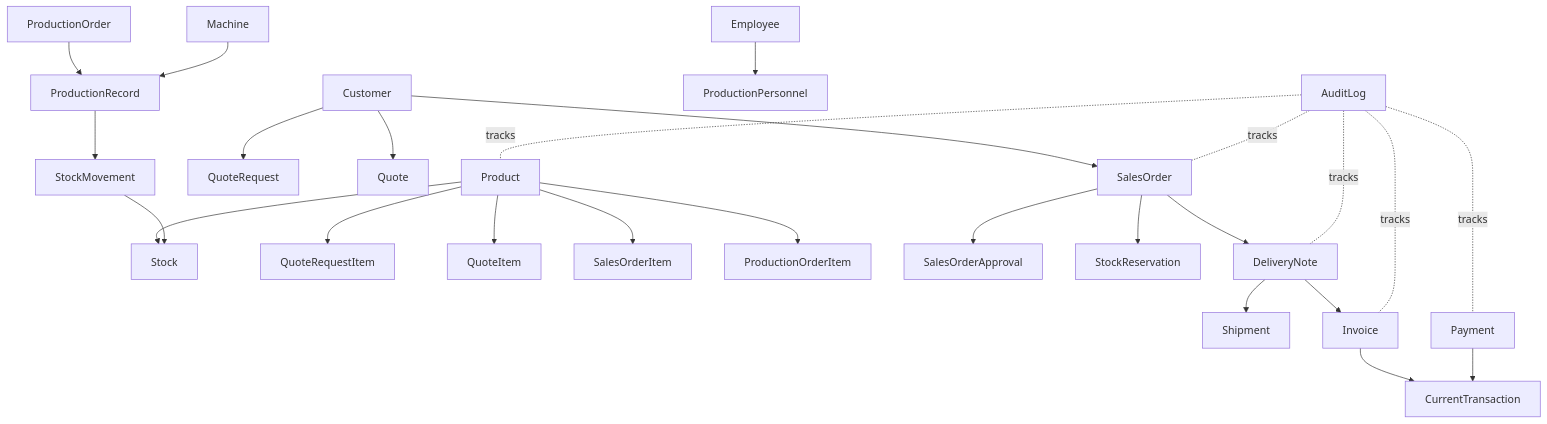
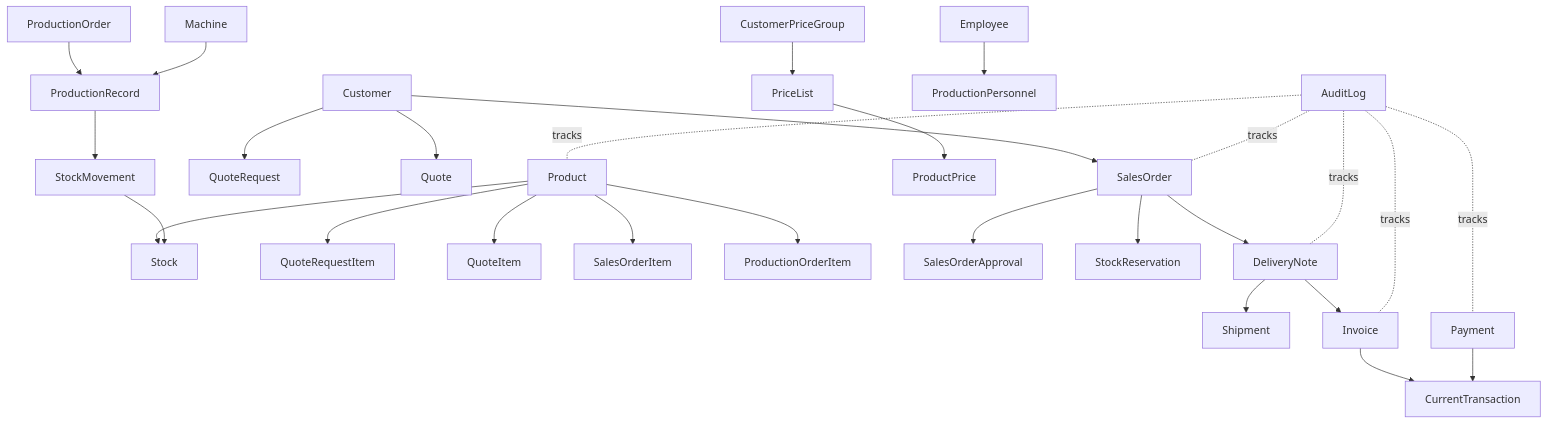
The diagram in design/domain-model.md (Huseyincansagir/OKM-Pro-Plus), drawn with Mermaid before and after one commit. The commit also changed other lines of this file and 26 other files, not shown here.

````diff
--- a/design/domain-model.md
+++ b/design/domain-model.md
@@ -48,28 +49,30 @@
 ```mermaid
 flowchart TD
   Product --> Stock
   Product --> QuoteRequestItem
   Product --> QuoteItem
   Product --> SalesOrderItem
   Product --> ProductionOrderItem
   Customer --> QuoteRequest
   Customer --> Quote
   Customer --> SalesOrder
   SalesOrder --> SalesOrderApproval
   SalesOrder --> StockReservation
   SalesOrder --> DeliveryNote
   DeliveryNote --> Shipment
   DeliveryNote --> Invoice
   Invoice --> CurrentTransaction
+  PriceList --> ProductPrice
+  CustomerPriceGroup --> PriceList
   Payment --> CurrentTransaction
   ProductionOrder --> ProductionRecord
   Machine --> ProductionRecord
   Employee --> ProductionPersonnel
   ProductionRecord --> StockMovement
   StockMovement --> Stock
   AuditLog -.tracks.- Product
   AuditLog -.tracks.- SalesOrder
   AuditLog -.tracks.- DeliveryNote
   AuditLog -.tracks.- Invoice
   AuditLog -.tracks.- Payment
 ```
````
